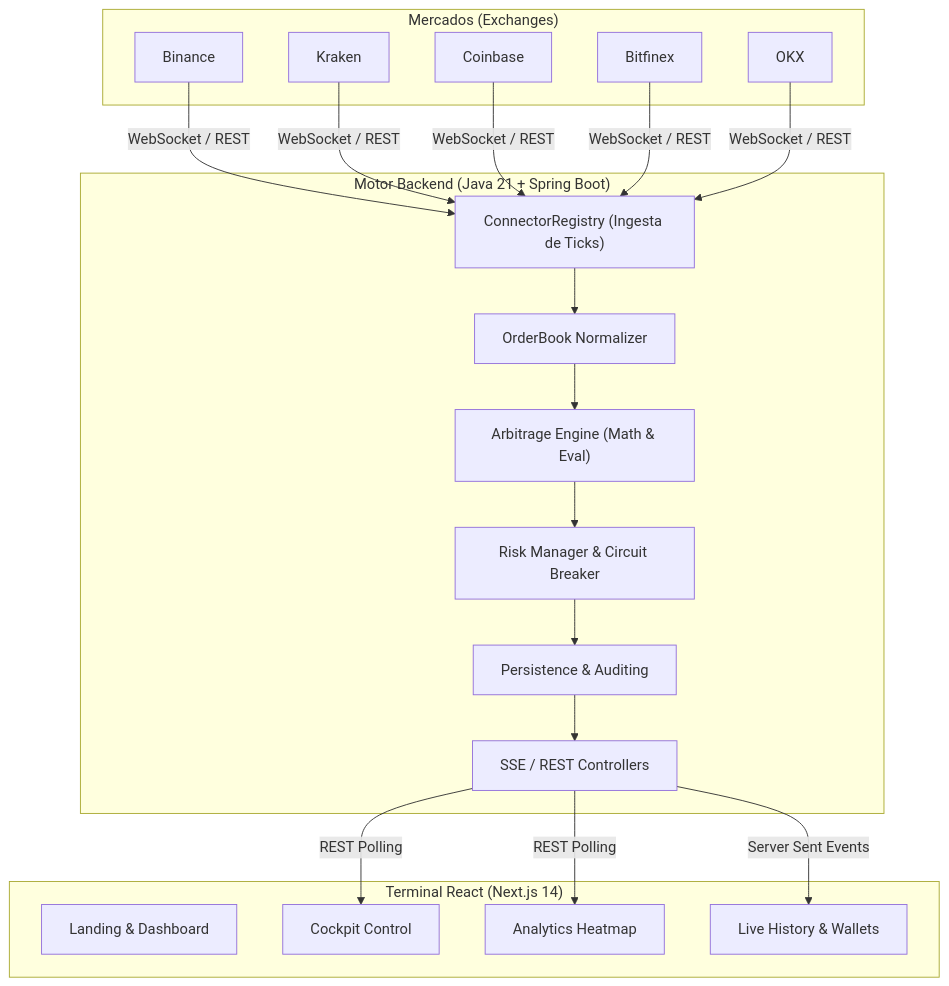
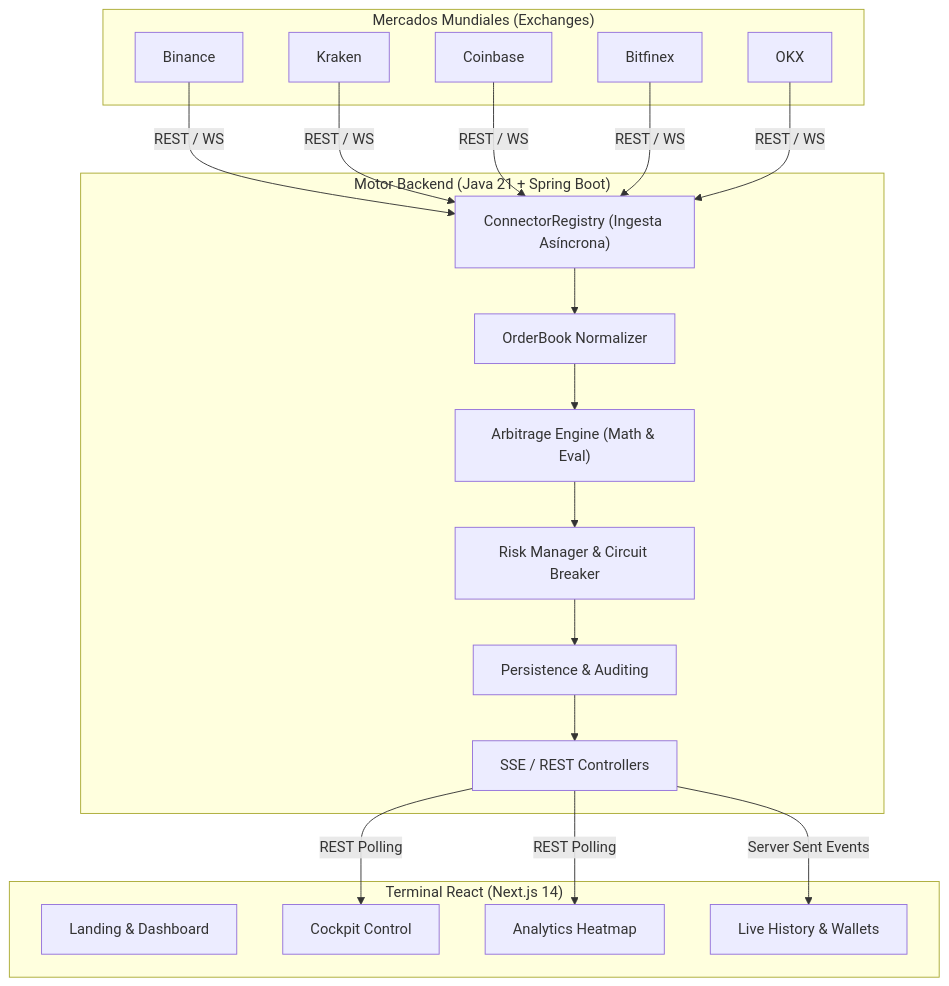
The diagram in README.md (JaavRJ/coding-challenge-mexico), drawn with Mermaid before and after one commit. The commit also changed other lines of this file, not shown here.

````diff
--- a/README.md
+++ b/README.md
@@ -58,35 +66,35 @@
 ```mermaid
 flowchart TD
-    subgraph Mercados ["Mercados (Exchanges)"]
+    subgraph Mercados ["Mercados Mundiales (Exchanges)"]
         B["Binance"]
         K["Kraken"]
         C["Coinbase"]
         F["Bitfinex"]
         O["OKX"]
     end
 
     subgraph Backend ["Motor Backend (Java 21 + Spring Boot)"]
-        CR["ConnectorRegistry (Ingesta de Ticks)"]
+        CR["ConnectorRegistry (Ingesta Asíncrona)"]
         ON["OrderBook Normalizer"]
         AE["Arbitrage Engine (Math & Eval)"]
         RM["Risk Manager & Circuit Breaker"]
         PS["Persistence & Auditing"]
         SSE["SSE / REST Controllers"]
     end
 
     subgraph Frontend ["Terminal React (Next.js 14)"]
         UI["Landing & Dashboard"]
         CK["Cockpit Control"]
         HM["Analytics Heatmap"]
         LH["Live History & Wallets"]
     end
 
-    B & K & C & F & O -- WebSocket / REST --> CR
+    B & K & C & F & O -- REST / WS --> CR
     CR --> ON
     ON --> AE
     AE --> RM
     RM --> PS
     PS --> SSE
     SSE -- Server Sent Events --> LH
     SSE -- REST Polling --> CK & HM
 ```
````
